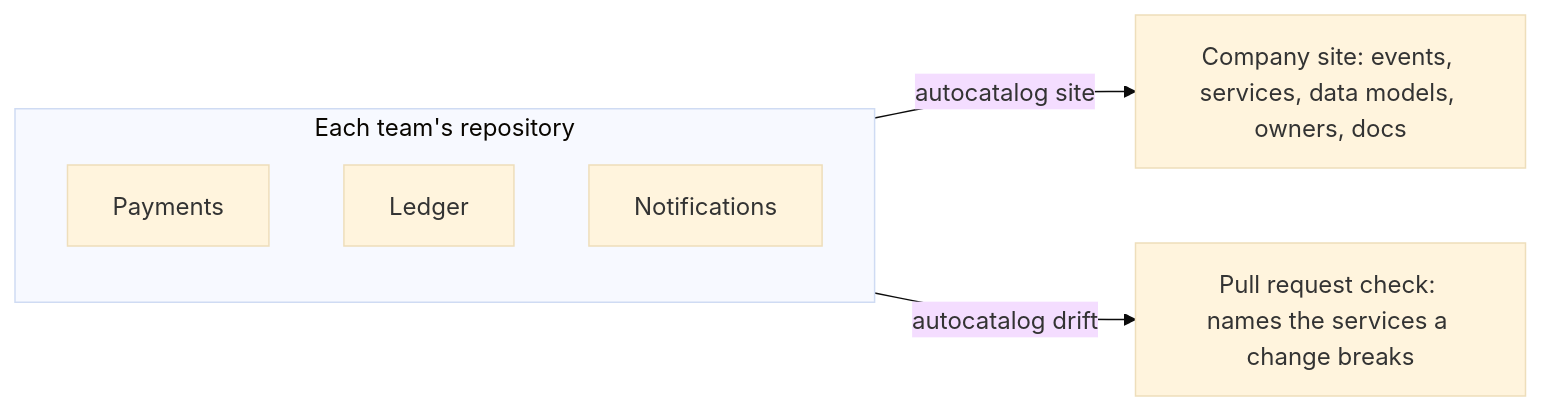
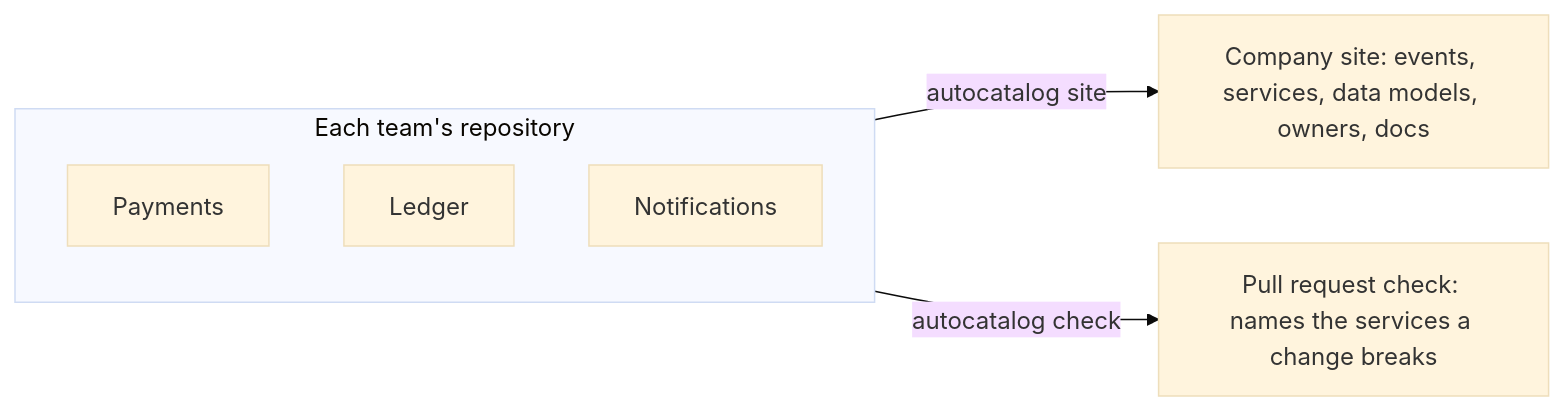
The diagram in README.md (jagreehal/autocatalog), drawn with Mermaid (base theme) before and after one commit. The commit also changed other lines of this file and 5 other files, not shown here.

````diff
--- a/README.md
+++ b/README.md
@@ -14,10 +49,10 @@
 ```mermaid
 flowchart LR
   subgraph repos["Each team's repository"]
     pay[Payments]
     ledger[Ledger]
     notif[Notifications]
   end
   repos -- autocatalog site --> site["Company site: events, services, data models, owners, docs"]
-  repos -- autocatalog drift --> pr["Pull request check: names the services a change breaks"]
+  repos -- autocatalog check --> pr["Pull request check: names the services a change breaks"]
 ```
````
